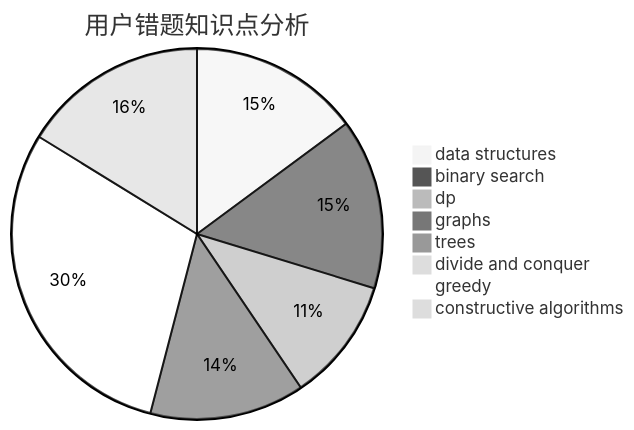
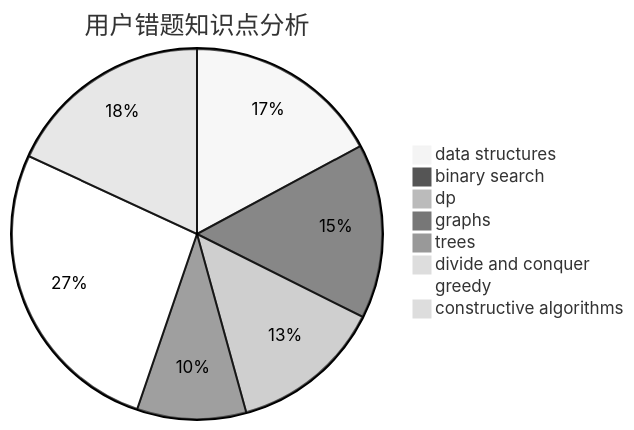
One commit to sherpahu/cfrs.github.io changed the third of 3 diagrams in docs/user/u2710.md. Above: the diagram before and after it, drawn with Mermaid (neutral theme). The commit also changed other lines of this file and 2770 other files, not shown here.

````diff
--- a/docs/user/u2710.md
+++ b/docs/user/u2710.md
@@ -36,11 +36,11 @@
 ```mermaid
 pie title 用户错题知识点分析
-    "data structures" :  11
-    "binary search" :  11
-    "dp" :  8
+    "data structures" :  18
+    "binary search" :  16
+    "dp" :  14
     "graphs" :  10
     "trees" :  0
     "divide and conquer" :  0
-    "greedy" :  22
-    "constructive algorithms" :  12
+    "greedy" :  28
+    "constructive algorithms" :  19
 ```
````
